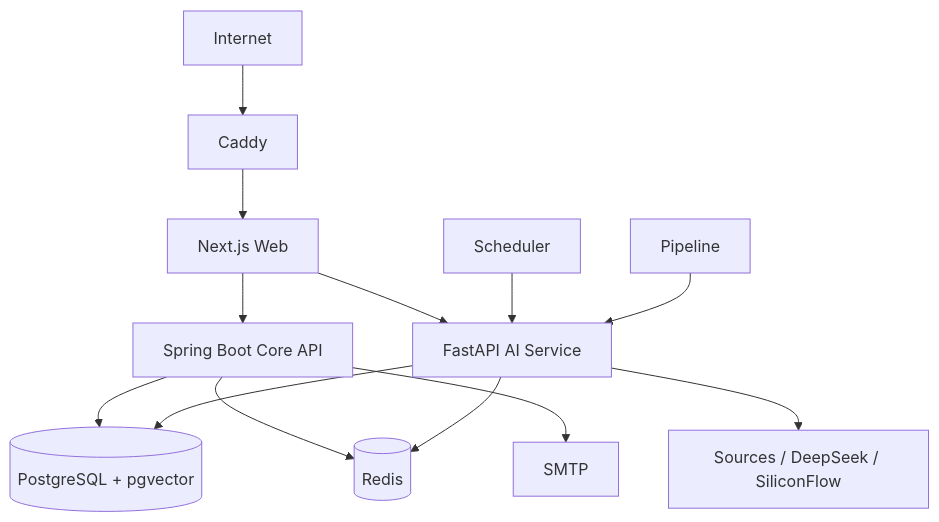
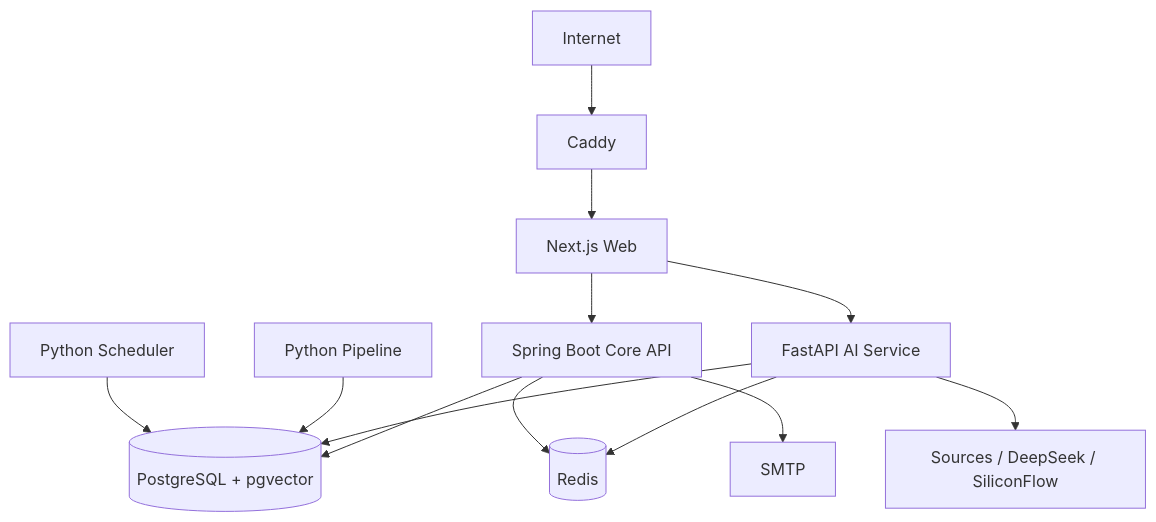
Before and after one commit to linruibang19-home/AI-Hot-Radar: the second of 2 diagrams in docs/interview/01-business-and-architecture.md, drawn with Mermaid. The commit also changed other lines of this file and 45 other files, not shown here.

````diff
--- a/docs/interview/01-business-and-architecture.md
+++ b/docs/interview/01-business-and-architecture.md
@@ -35,15 +35,15 @@
 ```mermaid
 flowchart TB
     Internet --> Caddy
     Caddy --> Web["Next.js Web"]
     Web --> Core["Spring Boot Core API"]
     Web --> AI["FastAPI AI Service"]
-    Scheduler --> AI
-    Pipeline --> AI
+    Scheduler["Python Scheduler"] --> PG
+    Pipeline["Python Pipeline"] --> PG
     Core --> PG[("PostgreSQL + pgvector")]
     AI --> PG
     Core --> Redis[("Redis")]
     AI --> Redis
     AI --> External["Sources / DeepSeek / SiliconFlow"]
     Core --> SMTP
 ```
````
